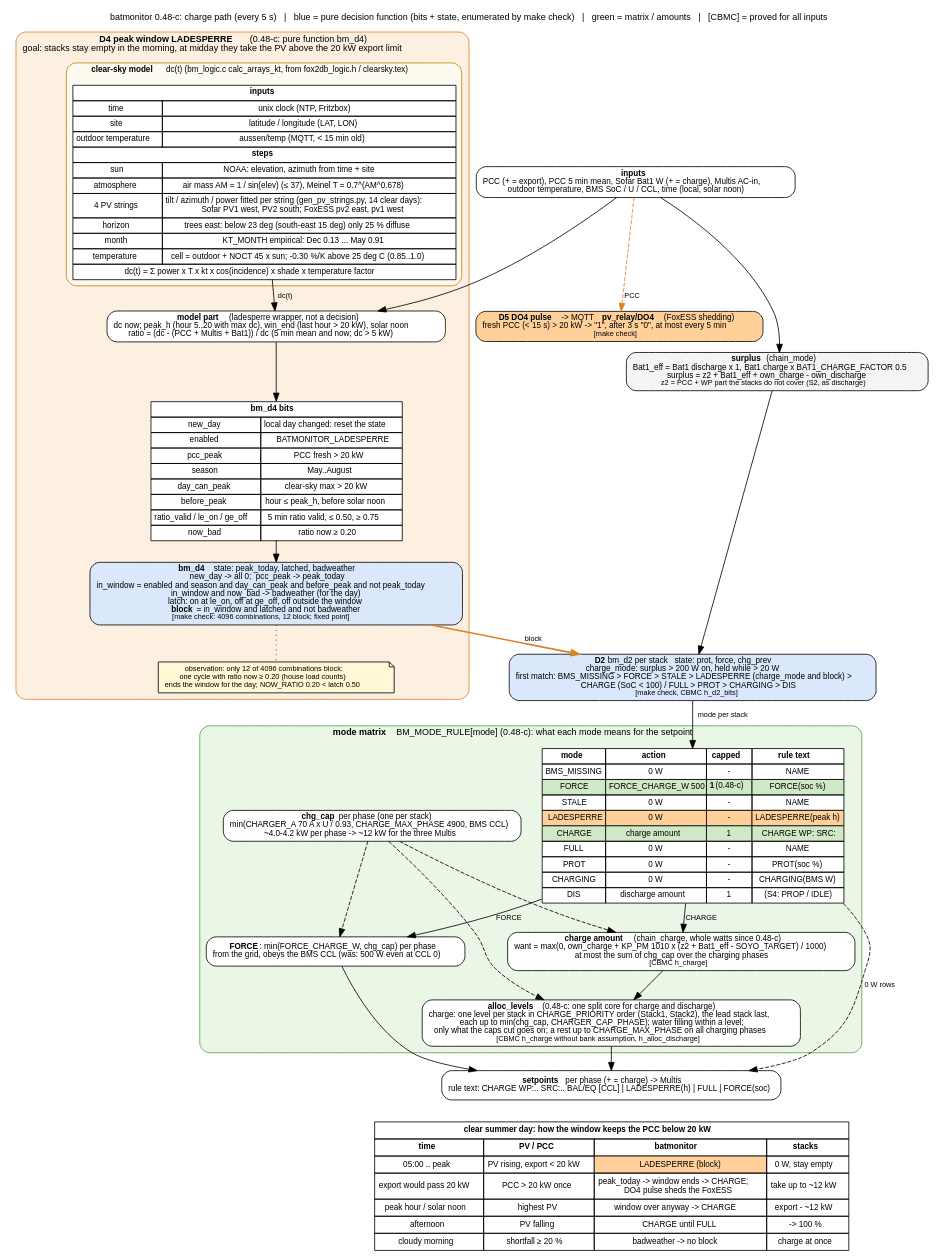
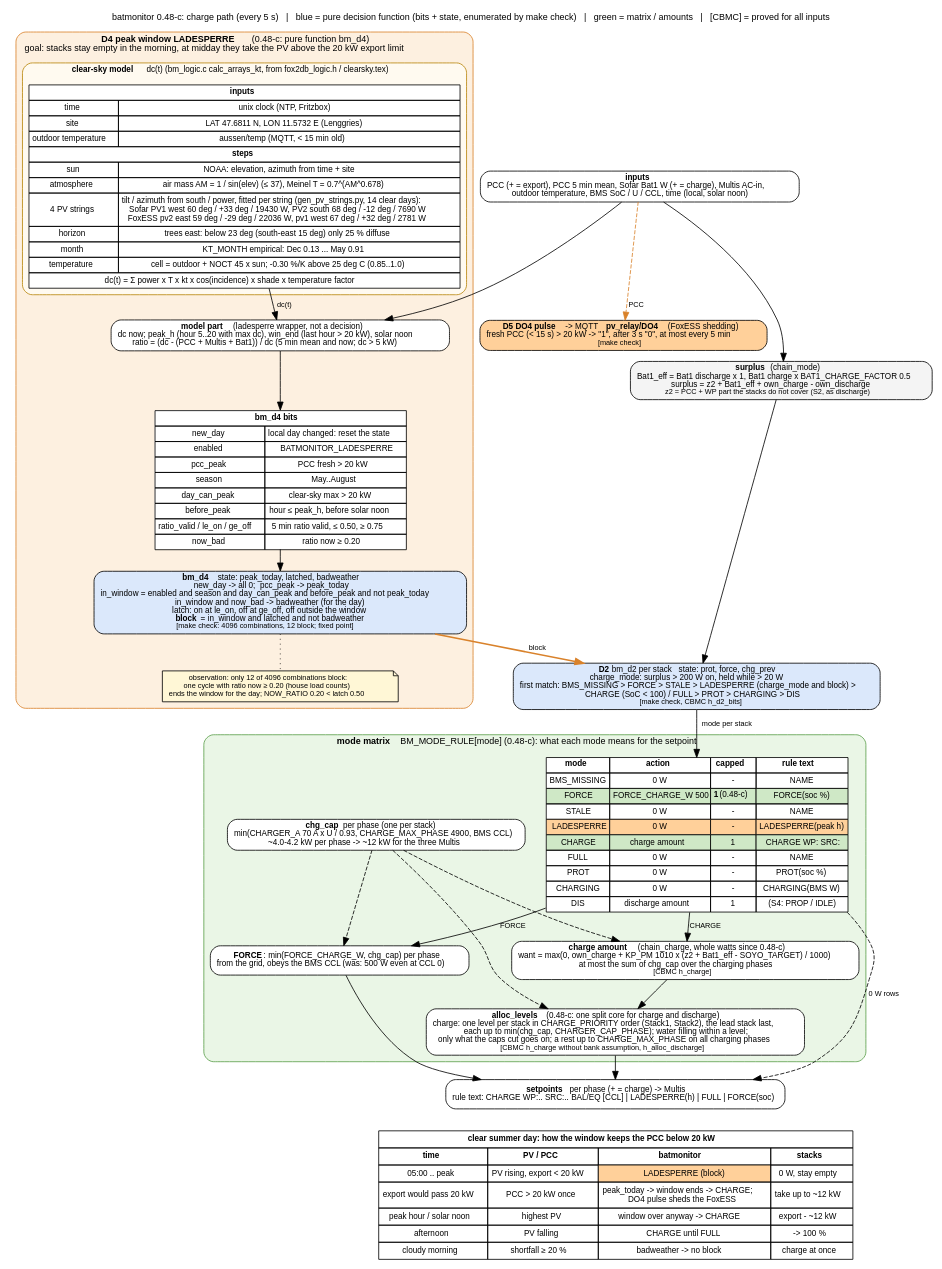
Before and after one commit to gerontec/victron: the diagram in docs/charge_flow.dot, drawn with Graphviz. The commit also changed 2 other files, not shown here.

Commit message:
docs/charge_flow: site coordinates and the fitted string parameters in the clear-sky model box

```diff
--- a/docs/charge_flow.dot
+++ b/docs/charge_flow.dot
@@ -1,111 +1,111 @@
 // batmonitor 0.48-c: charge path of one cycle as decision matrices, with the summer peak window (D4 LADESPERRE)
 // that keeps the stacks free in the morning so they take the midday PV and the PCC export stays below 20 kW.
 // render: dot -Tpdf charge_flow.dot -o charge_flow.pdf   (or -Tpng)
 digraph charge {
 	graph [rankdir=TB, fontname="Helvetica", fontsize=11, nodesep=0.35, ranksep=0.35, newrank=true,
 		   label="batmonitor 0.48-c: charge path (every 5 s)   |   blue = pure decision function (bits + state, enumerated by make check)   |   green = matrix / amounts   |   [CBMC] = proved for all inputs",
 		   labelloc=t];
 	node [shape=box, style="rounded,filled", fillcolor="#f4f4f4", fontname="Helvetica", fontsize=10];
 	edge [fontname="Helvetica", fontsize=9];
 
 	in [label=<<b>inputs</b><br/>PCC (+ = export), PCC 5 min mean, Sofar Bat1 W (+ = charge), Multis AC-in,<br/>outdoor temperature, BMS SoC / U / CCL, time (local, solar noon)>, fillcolor="#ffffff"];
 
 	surplus [label=<<b>surplus</b> (chain_mode)<br/>Bat1_eff = Bat1 discharge x 1, Bat1 charge x BAT1_CHARGE_FACTOR 0.5<br/>surplus = z2 + Bat1_eff + own_charge - own_discharge<br/><font point-size="9">z2 = PCC + WP part the stacks do not cover (S2, as discharge)</font>>];
 
 	subgraph cluster_d4 {
 		label=<<b>D4 peak window LADESPERRE</b> (0.48-c: pure function bm_d4)<br/>goal: stacks stay empty in the morning, at midday they take the PV above the 20 kW export limit>;
 		style="rounded,filled"; fillcolor="#fdf0e0"; color="#d9822b"; fontsize=11;
 		subgraph cluster_sky {
 			label=<<b>clear-sky model</b> dc(t) (bm_logic.c calc_arrays_kt, from fox2db_logic.h / clearsky.tex)>;
 			style="rounded,filled"; fillcolor="#fffaf0"; color="#b8860b"; fontsize=10;
 			sky [shape=plain, label=<
 				<table border="0" cellborder="1" cellspacing="0" cellpadding="3" bgcolor="#ffffff">
 				<tr><td colspan="2"><b>inputs</b></td></tr>
 				<tr><td>time</td><td>unix clock (NTP, Fritzbox)</td></tr>
-				<tr><td>site</td><td>latitude / longitude (LAT, LON)</td></tr>
+				<tr><td>site</td><td>LAT 47.6811 N, LON 11.5732 E (Lenggries)</td></tr>
 				<tr><td>outdoor temperature</td><td>aussen/temp (MQTT, &lt; 15 min old)</td></tr>
 				<tr><td colspan="2"><b>steps</b></td></tr>
 				<tr><td>sun</td><td>NOAA: elevation, azimuth from time + site</td></tr>
 				<tr><td>atmosphere</td><td>air mass AM = 1 / sin(elev) (&le; 37), Meinel T = 0.7^(AM^0.678)</td></tr>
-				<tr><td>4 PV strings</td><td>tilt / azimuth / power fitted per string (gen_pv_strings.py, 14 clear days):<br/>Sofar PV1 west, PV2 south; FoxESS pv2 east, pv1 west</td></tr>
+				<tr><td>4 PV strings</td><td>tilt / azimuth from south / power, fitted per string (gen_pv_strings.py, 14 clear days):<br/>Sofar PV1 west 60 deg / +33 deg / 19430 W, PV2 south 68 deg / -12 deg / 7690 W<br/>FoxESS pv2 east 59 deg / -29 deg / 22036 W, pv1 west 67 deg / +32 deg / 2781 W</td></tr>
 				<tr><td>horizon</td><td>trees east: below 23 deg (south-east 15 deg) only 25 % diffuse</td></tr>
 				<tr><td>month</td><td>KT_MONTH empirical: Dec 0.13 ... May 0.91</td></tr>
 				<tr><td>temperature</td><td>cell = outdoor + NOCT 45 x sun; -0.30 %/K above 25 deg C (0.85..1.0)</td></tr>
 				<tr><td colspan="2">dc(t) = &Sigma; power x T x kt x cos(incidence) x shade x temperature factor</td></tr>
 				</table>>];
 		}
 		model [label=<<b>model part</b> (ladesperre wrapper, not a decision)<br/>dc now; peak_h (hour 5..20 with max dc), win_end (last hour &gt; 20 kW), solar noon<br/>ratio = (dc - (PCC + Multis + Bat1)) / dc (5 min mean and now; dc &gt; 5 kW)>, fillcolor="#ffffff"];
 		sky -> model [label=" dc(t)"];
 		d4bits [shape=plain, label=<
 			<table border="0" cellborder="1" cellspacing="0" cellpadding="3" bgcolor="#ffffff">
 			<tr><td colspan="2"><b>bm_d4 bits</b></td></tr>
 			<tr><td>new_day</td><td>local day changed: reset the state</td></tr>
 			<tr><td>enabled</td><td>BATMONITOR_LADESPERRE</td></tr>
 			<tr><td>pcc_peak</td><td>PCC fresh &gt; 20 kW</td></tr>
 			<tr><td>season</td><td>May..August</td></tr>
 			<tr><td>day_can_peak</td><td>clear-sky max &gt; 20 kW</td></tr>
 			<tr><td>before_peak</td><td>hour &le; peak_h, before solar noon</td></tr>
 			<tr><td>ratio_valid / le_on / ge_off</td><td>5 min ratio valid, &le; 0.50, &ge; 0.75</td></tr>
 			<tr><td>now_bad</td><td>ratio now &ge; 0.20</td></tr>
 			</table>>];
 		d4 [label=<<b>bm_d4</b>   state: peak_today, latched, badweather<br/>new_day -&gt; all 0;  pcc_peak -&gt; peak_today<br/>in_window = enabled and season and day_can_peak and before_peak and not peak_today<br/>in_window and now_bad -&gt; badweather (for the day)<br/>latch: on at le_on, off at ge_off, off outside the window<br/><b>block</b> = in_window and latched and not badweather<br/><font point-size="9">[make check: 4096 combinations, 12 block; fixed point]</font>>, fillcolor="#dbe8fb"];
 		note_ls [shape=note, fillcolor="#fff7d6", fontsize=9, label=<observation: only 12 of 4096 combinations block:<br/>one cycle with ratio now &ge; 0.20 (house load counts)<br/>ends the window for the day; NOW_RATIO 0.20 &lt; latch 0.50>];
 		model -> d4bits -> d4;
 		d4 -> note_ls [style=dotted, arrowhead=none];
 	}
 
 	d2 [label=<<b>D2</b> bm_d2 per stack   state: prot, force, chg_prev<br/>charge_mode: surplus &gt; 200 W on, held while &gt; 20 W<br/>first match: BMS_MISSING &gt; FORCE &gt; STALE &gt; LADESPERRE (charge_mode and block) &gt;<br/>CHARGE (SoC &lt; 100) / FULL &gt; PROT &gt; CHARGING &gt; DIS<br/><font point-size="9">[make check, CBMC h_d2_bits]</font>>, fillcolor="#dbe8fb"];
 
 	subgraph cluster_mode {
 		label=<<b>mode matrix</b> BM_MODE_RULE[mode] (0.48-c): what each mode means for the setpoint>;
 		style="rounded,filled"; fillcolor="#eaf6e6"; color="#5a9e4b"; fontsize=11;
 		mrule [shape=plain, label=<
 			<table border="0" cellborder="1" cellspacing="0" cellpadding="3" bgcolor="#ffffff">
 			<tr><td><b>mode</b></td><td><b>action</b></td><td><b>capped</b></td><td><b>rule text</b></td></tr>
 			<tr><td>BMS_MISSING</td><td>0 W</td><td>-</td><td>NAME</td></tr>
 			<tr><td bgcolor="#cfe8c6">FORCE</td><td bgcolor="#cfe8c6">FORCE_CHARGE_W 500</td><td bgcolor="#cfe8c6"><b>1</b> (0.48-c)</td><td bgcolor="#cfe8c6">FORCE(soc %)</td></tr>
 			<tr><td>STALE</td><td>0 W</td><td>-</td><td>NAME</td></tr>
 			<tr><td bgcolor="#ffd09a">LADESPERRE</td><td bgcolor="#ffd09a">0 W</td><td bgcolor="#ffd09a">-</td><td bgcolor="#ffd09a">LADESPERRE(peak h)</td></tr>
 			<tr><td bgcolor="#cfe8c6">CHARGE</td><td bgcolor="#cfe8c6">charge amount</td><td bgcolor="#cfe8c6">1</td><td bgcolor="#cfe8c6">CHARGE WP: SRC:</td></tr>
 			<tr><td>FULL</td><td>0 W</td><td>-</td><td>NAME</td></tr>
 			<tr><td>PROT</td><td>0 W</td><td>-</td><td>PROT(soc %)</td></tr>
 			<tr><td>CHARGING</td><td>0 W</td><td>-</td><td>CHARGING(BMS W)</td></tr>
 			<tr><td>DIS</td><td>discharge amount</td><td>1</td><td>(S4: PROP / IDLE)</td></tr>
 			</table>>];
 		force [label=<<b>FORCE</b>: min(FORCE_CHARGE_W, chg_cap) per phase<br/>from the grid, obeys the BMS CCL (was: 500 W even at CCL 0)>, fillcolor="#ffffff"];
 		amount [label=<<b>charge amount</b> (chain_charge, whole watts since 0.48-c)<br/>want = max(0, own_charge + KP_PM 1010 x (z2 + Bat1_eff - SOYO_TARGET) / 1000)<br/>at most the sum of chg_cap over the charging phases<br/><font point-size="9">[CBMC h_charge]</font>>, fillcolor="#ffffff"];
 		caps [label=<<b>chg_cap</b> per phase (one per stack)<br/>min(CHARGER_A 70 A x U / 0.93, CHARGE_MAX_PHASE 4900, BMS CCL)<br/>~4.0-4.2 kW per phase -&gt; ~12 kW for the three Multis>, fillcolor="#ffffff"];
 		alloc [label=<<b>alloc_levels</b> (0.48-c: one split core for charge and discharge)<br/>charge: one level per stack in CHARGE_PRIORITY order (Stack1, Stack2), the lead stack last,<br/>each up to min(chg_cap, CHARGER_CAP_PHASE); water filling within a level;<br/>only what the caps cut goes on; a rest up to CHARGE_MAX_PHASE on all charging phases<br/><font point-size="9">[CBMC h_charge without bank assumption, h_alloc_discharge]</font>>, fillcolor="#ffffff"];
 		mrule -> force [label=" FORCE"];
 		mrule -> amount [label=" CHARGE"];
 		caps -> amount [style=dashed];
 		caps -> alloc [style=dashed];
 		caps -> force [style=dashed];
 		amount -> alloc;
 	}
 
 	do4 [label=<<b>D5 DO4 pulse</b> -&gt; MQTT <b>pv_relay/DO4</b> (FoxESS shedding)<br/>fresh PCC (&lt; 15 s) &gt; 20 kW -&gt; "1", after 3 s "0", at most every 5 min<br/><font point-size="9">[make check]</font>>, fillcolor="#ffd09a"];
 
 	out [label=<<b>setpoints</b> per phase (+ = charge) -&gt; Multis<br/>rule text: CHARGE WP:.. SRC:.. BAL/EQ [CCL] | LADESPERRE(h) | FULL | FORCE(soc)>, fillcolor="#ffffff"];
 
 	timeline [shape=plain, label=<
 		<table border="0" cellborder="1" cellspacing="0" cellpadding="4" bgcolor="#ffffff">
 		<tr><td colspan="4"><b>clear summer day: how the window keeps the PCC below 20 kW</b></td></tr>
 		<tr><td><b>time</b></td><td><b>PV / PCC</b></td><td><b>batmonitor</b></td><td><b>stacks</b></td></tr>
 		<tr><td>05:00 .. peak</td><td>PV rising, export &lt; 20 kW</td><td bgcolor="#ffd09a">LADESPERRE (block)</td><td>0 W, stay empty</td></tr>
 		<tr><td>export would pass 20 kW</td><td>PCC &gt; 20 kW once</td><td>peak_today -&gt; window ends -&gt; CHARGE;<br/>DO4 pulse sheds the FoxESS</td><td>take up to ~12 kW</td></tr>
 		<tr><td>peak hour / solar noon</td><td>highest PV</td><td>window over anyway -&gt; CHARGE</td><td>export - ~12 kW</td></tr>
 		<tr><td>afternoon</td><td>PV falling</td><td>CHARGE until FULL</td><td>-&gt; 100 %</td></tr>
 		<tr><td>cloudy morning</td><td>shortfall &ge; 20 %</td><td>badweather -&gt; no block</td><td>charge at once</td></tr>
 		</table>>];
 
 	in -> surplus -> d2;
 	in -> model;
 	in -> do4 [style=dashed, label=" PCC", color="#d9822b"];
 	d4 -> d2 [color="#d9822b", penwidth=2, label=" block"];
 	d2 -> mrule [label=" mode per stack"];
 	force -> out;
 	alloc -> out;
 	mrule -> out [label=" 0 W rows", style=dashed];
 	out -> timeline [style=invis];
 }
```
